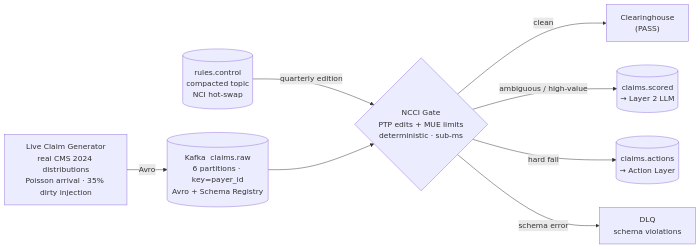
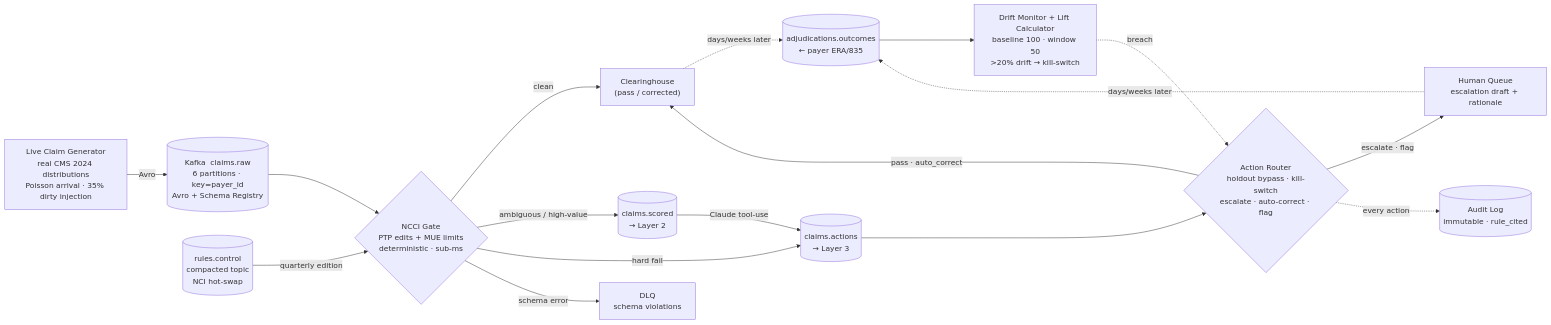
One commit to ericg1212/agentic-rcm-pipeline changed the diagram in README.md. Above: the diagram before and after it, drawn with Mermaid. The commit also changed other lines of this file, not shown here.

Commit message:
docs: add Layer 3 (Action) + Layer 4 (Feedback) to README — 85 tests, full pipeline (#33)

````diff
--- a/README.md
+++ b/README.md
@@ -33,19 +33,32 @@
 ```mermaid
 flowchart LR
     G["Live Claim Generator\nreal CMS 2024 distributions\nPoisson arrival · 35% dirty injection"]
     K[("Kafka  claims.raw\n6 partitions · key=payer_id\nAvro + Schema Registry")]
     N{"NCCI Gate\nPTP edits + MUE limits\ndeterministic · sub-ms"}
-    CLR["Clearinghouse\n(PASS)"]
-    SC[("claims.scored\n→ Layer 2 LLM")]
-    AC[("claims.actions\n→ Action Layer")]
+    CLR["Clearinghouse\n(pass / corrected)"]
+    SC[("claims.scored\n→ Layer 2")]
+    AC[("claims.actions\n→ Layer 3")]
     DLQ["DLQ\nschema violations"]
     RC[("rules.control\ncompacted topic\nNCI hot-swap")]
+    AR{"Action Router\nholdout bypass · kill-switch\nescalate · auto-correct · flag"}
+    AUDIT[("Audit Log\nimmutable · rule_cited")]
+    HQ["Human Queue\nescalation draft + rationale"]
+    AO[("adjudications.outcomes\n← payer ERA/835")]
+    FB["Drift Monitor + Lift Calculator\nbaseline 100 · window 50\n>20% drift → kill-switch"]
 
     G -->|Avro| K
     RC -->|quarterly edition| N
     K --> N
     N -->|clean| CLR
     N -->|ambiguous / high-value| SC
     N -->|hard fail| AC
     N -->|schema error| DLQ
+    SC -->|Claude tool-use| AC
+    AC --> AR
+    AR -->|pass · auto_correct| CLR
+    AR -->|escalate · flag| HQ
+    AR -.->|every action| AUDIT
+    CLR & HQ -.->|days/weeks later| AO
+    AO --> FB
+    FB -.->|breach| AR
 ```
````
